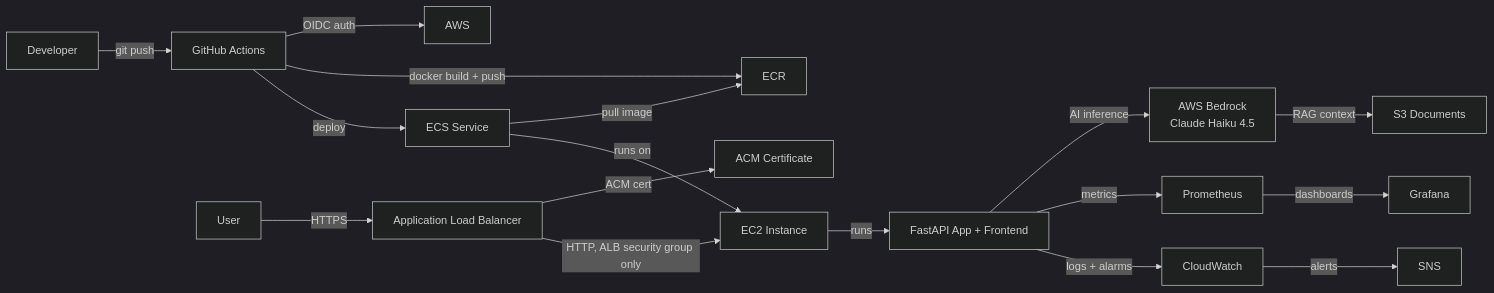
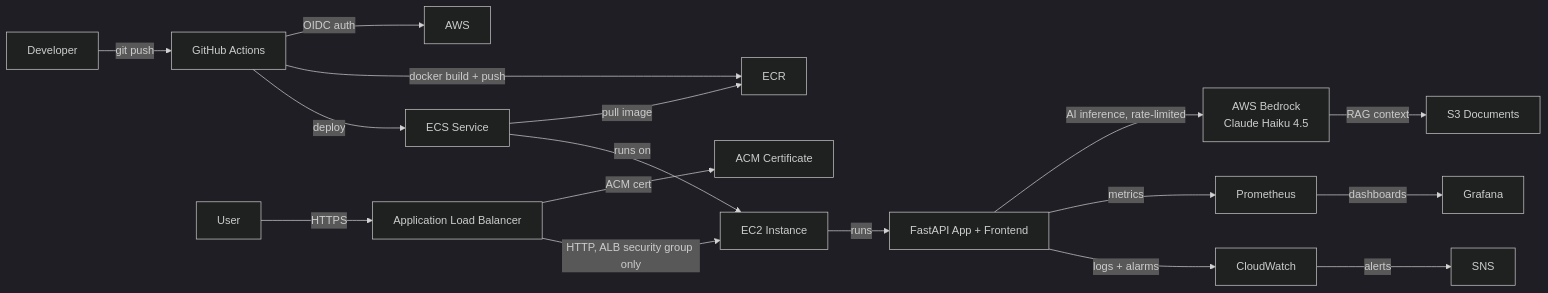
One commit to gavin-alan/devops-homelab changed the diagram in README.md. Above: the diagram before and after it, drawn with Mermaid (dark theme). The commit also changed other lines of this file and 1 other file, not shown here.

First line of the commit message:
Add visit/question logging and ship pending rate-limit README update

````diff
--- a/README.md
+++ b/README.md
@@ -13,19 +13,19 @@
 ```mermaid
 graph LR
     dev[Developer] -->|git push| gh[GitHub Actions]
     gh -->|OIDC auth| aws[AWS]
     gh -->|docker build + push| ecr[ECR]
     gh -->|deploy| ecs[ECS Service]
     user[User] -->|HTTPS| alb[Application Load Balancer]
     alb -->|ACM cert| acm[ACM Certificate]
     alb -->|HTTP, ALB security group only| ec2[EC2 Instance]
     ecs -->|pull image| ecr
     ecs -->|runs on| ec2
     ec2 -->|runs| app[FastAPI App + Frontend]
-    app -->|AI inference| bedrock[AWS Bedrock\nClaude Haiku 4.5]
+    app -->|AI inference, rate-limited| bedrock[AWS Bedrock\nClaude Haiku 4.5]
     bedrock -->|RAG context| s3[S3 Documents]
     app -->|metrics| prom[Prometheus]
     prom -->|dashboards| grafana[Grafana]
     app -->|logs + alarms| cw[CloudWatch]
     cw -->|alerts| sns[SNS]
 ```
````
